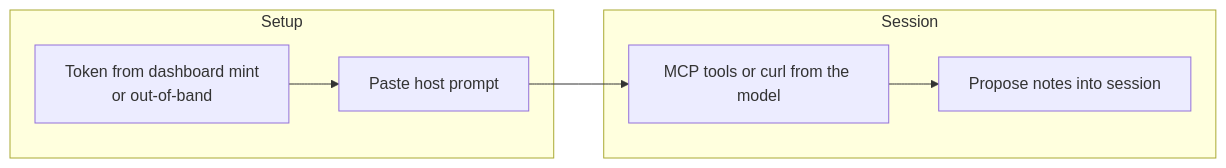
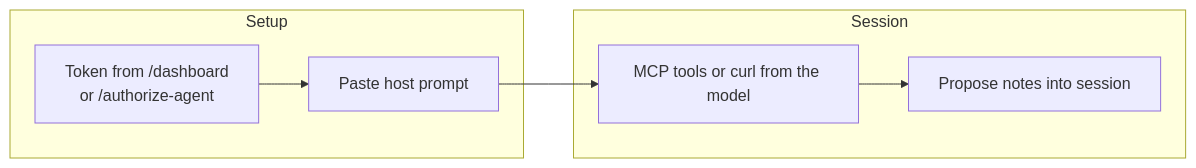
The diagram in docs/03-conversational.md (gitbrainlab/gitbrain-adopt), drawn with Mermaid before and after one commit. The commit also changed other lines of this file and 16 other files, not shown here.

````diff
--- a/docs/03-conversational.md
+++ b/docs/03-conversational.md
@@ -7,13 +7,13 @@
 ```mermaid
 flowchart LR
   subgraph Setup
-    T[Token from dashboard mint
-or out-of-band]
+    T[Token from /dashboard
+or /authorize-agent]
     P[Paste host prompt]
   end
   subgraph Session
     M[MCP tools or curl from the model]
     S[Propose notes into session]
   end
   T --> P --> M --> S
 ```
````
